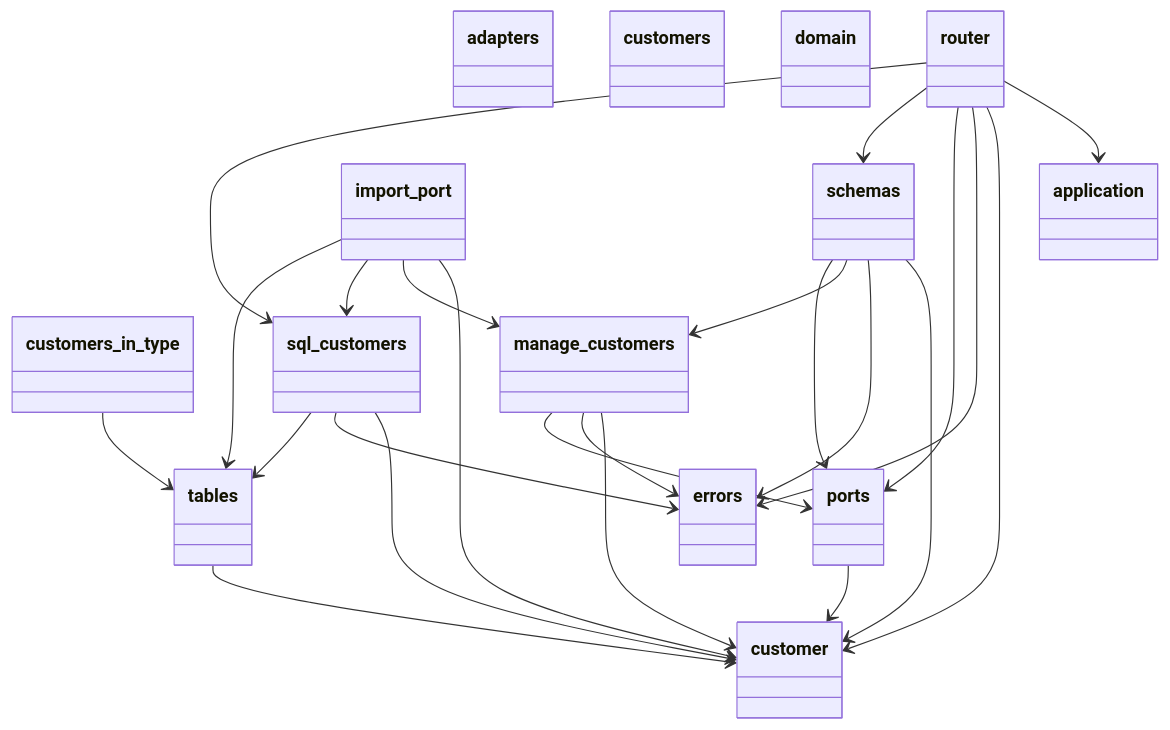
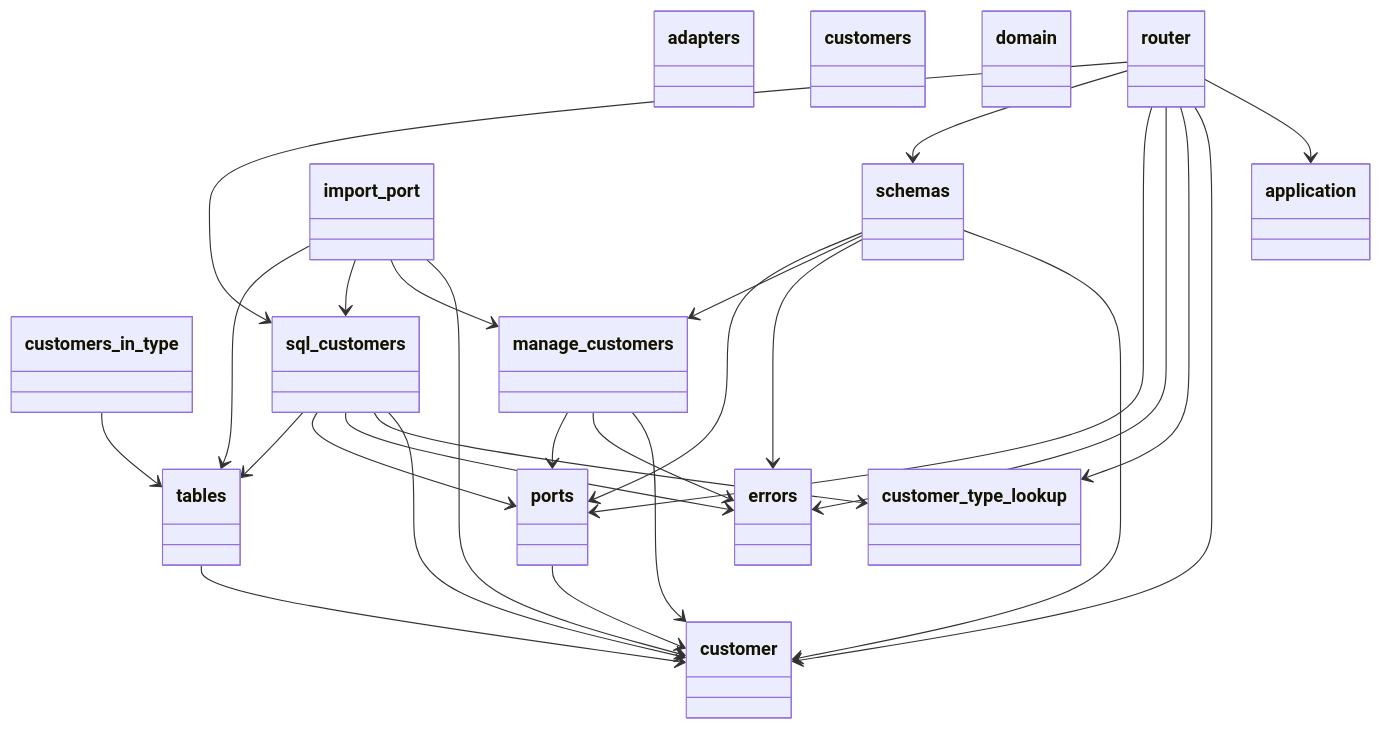
Before and after one commit to GonzaloZevallos/apostrophe: the first of 4 diagrams in docs/architecture/generated/classes/customers.md, drawn with Mermaid. The commit also changed other lines of this file and 2 other files, not shown here.

Commit message:
Regenerate the API and architecture docs for the customer type on the Customer API

````diff
--- a/docs/architecture/generated/classes/customers.md
+++ b/docs/architecture/generated/classes/customers.md
@@ -7,54 +7,59 @@
 ```mermaid
 classDiagram
   class adapters {
   }
   class application {
   }
   class customer {
+  }
+  class customer_type_lookup {
   }
   class customers {
   }
   class customers_in_type {
   }
   class domain {
   }
   class errors {
   }
   class import_port {
   }
   class manage_customers {
   }
   class ports {
   }
   class router {
   }
   class schemas {
   }
   class sql_customers {
   }
   class tables {
   }
   customers_in_type --> tables
   import_port --> customer
   import_port --> manage_customers
   import_port --> sql_customers
   import_port --> tables
   manage_customers --> customer
   manage_customers --> errors
   manage_customers --> ports
   ports --> customer
   router --> application
   router --> customer
+  router --> customer_type_lookup
   router --> errors
   router --> ports
   router --> schemas
   router --> sql_customers
   schemas --> customer
   schemas --> errors
   schemas --> manage_customers
   schemas --> ports
   sql_customers --> customer
+  sql_customers --> customer_type_lookup
   sql_customers --> errors
+  sql_customers --> ports
   sql_customers --> tables
   tables --> customer
 ```
````
